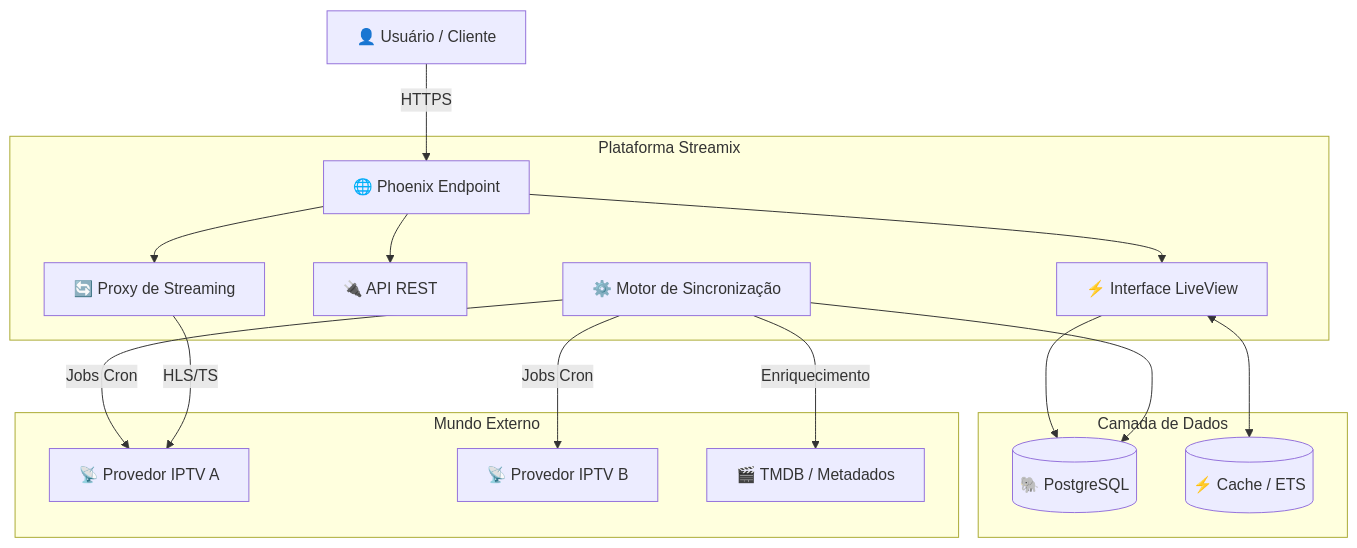
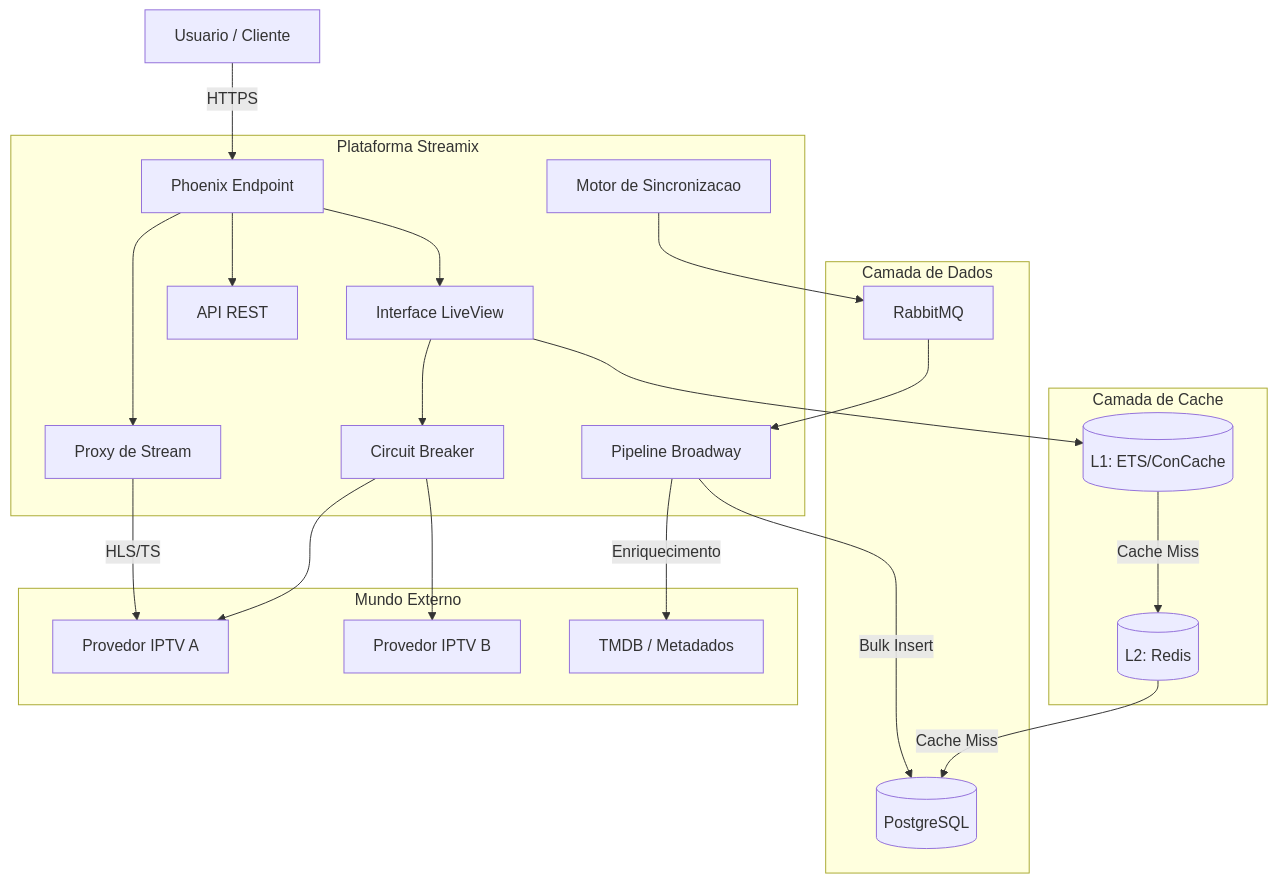
Before and after one commit to gabrielmaialva33/streamix: the first of 3 diagrams in README.pt.md, drawn with Mermaid. The commit also changed other lines of this file and 3 other files, not shown here.

````diff
--- a/README.pt.md
+++ b/README.pt.md
@@ -112,38 +153,50 @@
 ```mermaid
 graph TD
-    User[👤 Usuário / Cliente]
-    
+    User[Usuario / Cliente]
+
     subgraph "Plataforma Streamix"
-        LB[🌐 Phoenix Endpoint]
-        LV[⚡ Interface LiveView]
-        API[🔌 API REST]
-        Proxy[🔄 Proxy de Streaming]
-        Sync[⚙️ Motor de Sincronização]
+        LB[Phoenix Endpoint]
+        LV[Interface LiveView]
+        API[API REST]
+        Proxy[Proxy de Stream]
+        CB[Circuit Breaker]
+        Sync[Motor de Sincronizacao]
+        Broadway[Pipeline Broadway]
     end
-    
+
+    subgraph "Camada de Cache"
+        L1[(L1: ETS/ConCache)]
+        L2[(L2: Redis)]
+    end
+
     subgraph "Camada de Dados"
-        DB[(🐘 PostgreSQL)]
-        Cache[(⚡ Cache / ETS)]
+        DB[(PostgreSQL)]
+        RMQ[RabbitMQ]
     end
-    
+
     subgraph "Mundo Externo"
-        P1[📡 Provedor IPTV A]
-        P2[📡 Provedor IPTV B]
-        TM[🎬 TMDB / Metadados]
+        P1[Provedor IPTV A]
+        P2[Provedor IPTV B]
+        TM[TMDB / Metadados]
     end
 
     User -->|HTTPS| LB
     LB --> LV
     LB --> API
     LB --> Proxy
-    
-    LV --> DB
-    LV <--> Cache
-    
-    Sync -->|Jobs Cron| P1
-    Sync -->|Jobs Cron| P2
-    Sync -->|Enriquecimento| TM
-    Sync --> DB
-    
+
+    LV --> L1
+    L1 -->|Cache Miss| L2
+    L2 -->|Cache Miss| DB
+
+    LV --> CB
+    CB --> P1
+    CB --> P2
+
+    Sync --> RMQ
+    RMQ --> Broadway
+    Broadway -->|Bulk Insert| DB
+    Broadway -->|Enriquecimento| TM
+
     Proxy -->|HLS/TS| P1
 ```
````
